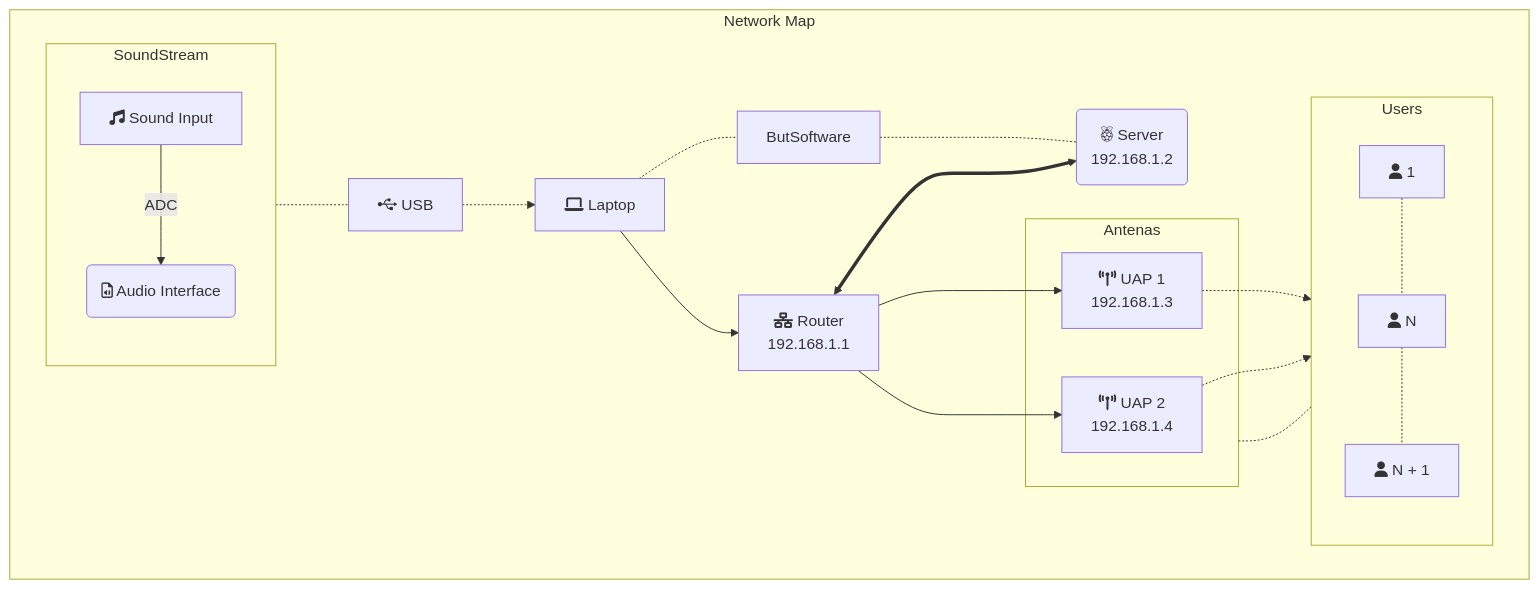
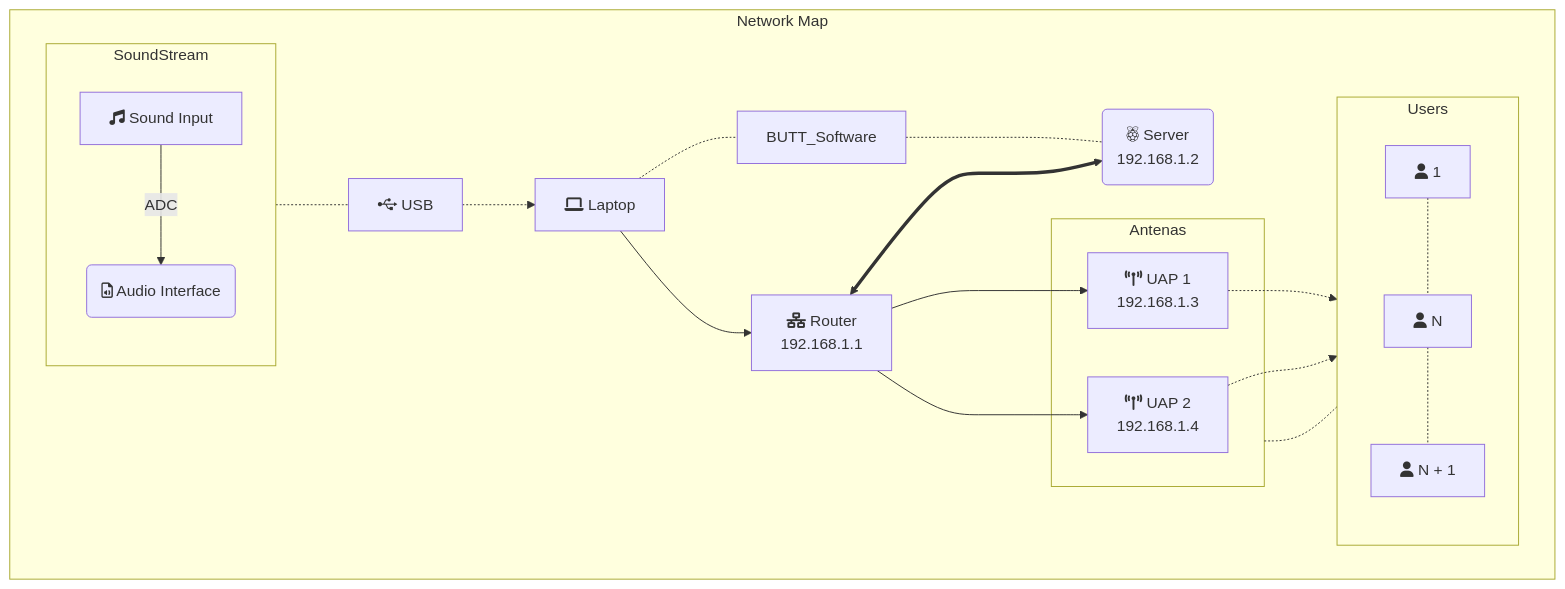
Before and after one commit to gepral/SilentDisco: the diagram in README.md, drawn with Mermaid. The commit also changed other lines of this file, not shown here.

````diff
--- a/README.md
+++ b/README.md
@@ -26,48 +14,48 @@
 ```mermaid
 flowchart TB
     SoundInput[fas:fa-music Sound Input ]
     AudioInterface(far:fa-file-audio Audio Interface)
     Laptop[fas:fa-laptop Laptop]
     Server("fab:fa-raspberry-pi Server"
     192.168.1.2)
     Router["fas:fa-network-wired Router
     192.168.1.1"]
     UAP1["fas:fa-tower-broadcast UAP 1
     192.168.1.3"]
     UAP2["fas:fa-tower-broadcast UAP 2
     192.168.1.4"]
     U1[fas:fa-user 1]
     U2[fas:fa-user N]
     U3[fas:fa-user N + 1]
     USB[fab:fa-usb USB]
 
 
     subgraph Users
     direction TB
     U1-.-U2
     U2-.-U3
     end
 
     subgraph Network Map
-    Laptop-.-ButSoftware-..-Server
+    Laptop-.-BUTT_Software-..-Server
     SoundStream-.- USB -.-> Laptop
     Router<==>Server
     Laptop-->Router
     Router--->UAP1-.->Users
     Router--->UAP2-.->Users
 
 Antenas-.-Users
 
     subgraph SoundStream
     direction TB
     SoundInput -- "ADC" --> AudioInterface
     end
 
     subgraph Antenas
     UAP1
     UAP2 
     end
     end
 
     
 ```
````
